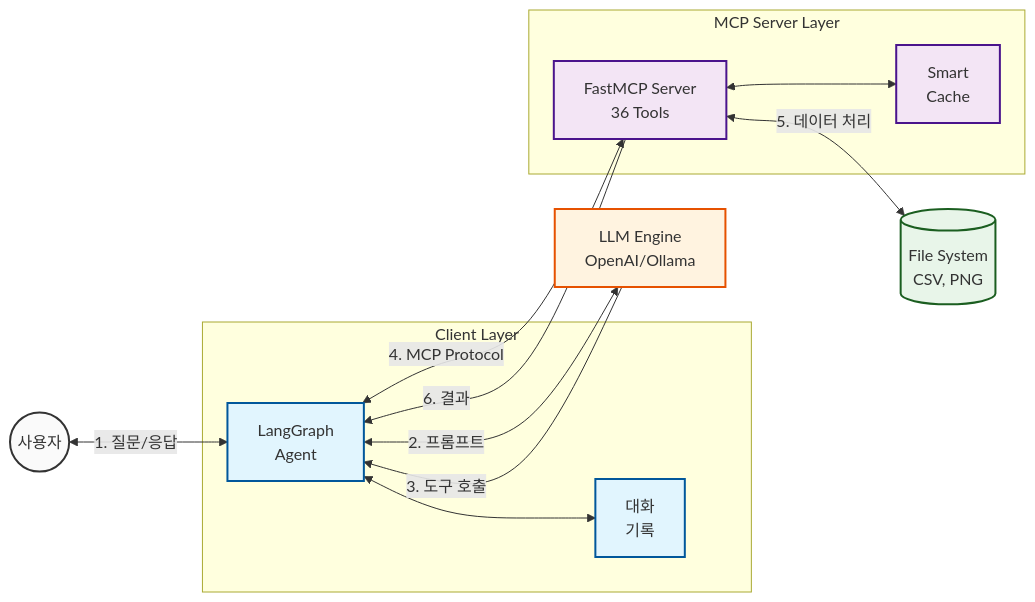
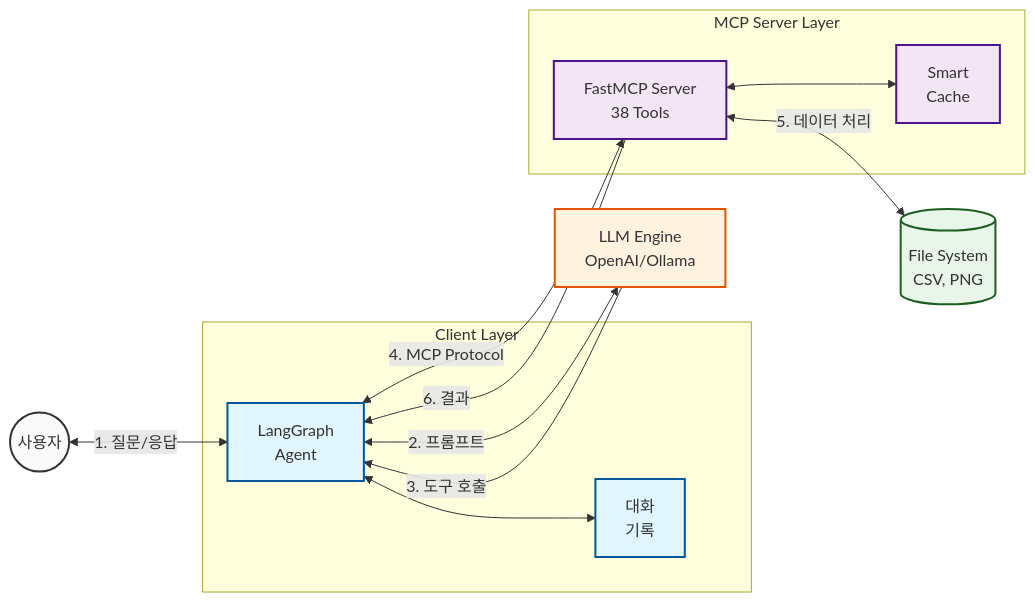
Before and after one commit to chaeminyoon/Data-Analyze-MCP: the diagram in README.md, drawn with Mermaid. The commit also changed other lines of this file and 4 other files, not shown here.

````diff
--- a/README.md
+++ b/README.md
@@ -19,40 +19,40 @@
 ```mermaid
 graph LR
     %% Styles
     classDef blue fill:#e1f5fe,stroke:#01579b,stroke-width:2px
     classDef purple fill:#f3e5f5,stroke:#4a148c,stroke-width:2px
     classDef orange fill:#fff3e0,stroke:#e65100,stroke-width:2px
     classDef green fill:#e8f5e9,stroke:#1b5e20,stroke-width:2px
     classDef gray fill:#fafafa,stroke:#333,stroke-width:2px
 
     User((사용자))
     
     subgraph Client [Client Layer]
         Agent[LangGraph<br/>Agent]
         Hist[대화<br/>기록]
     end
     
     LLM[LLM Engine<br/>OpenAI/Ollama]
     
     subgraph MCPLayer [MCP Server Layer]
-        Server[FastMCP Server<br/>36 Tools]
+        Server[FastMCP Server<br/>38 Tools]
         Cache[Smart<br/>Cache]
     end
     
     Files[(File System<br/>CSV, PNG)]
 
     User <-->|1. 질문/응답| Agent
     Agent <--> Hist
     Agent <-->|2. 프롬프트| LLM
     LLM -->|3. 도구 호출| Agent
     Agent <-->|4. MCP Protocol| Server
     Server <--> Cache
     Server <-->|5. 데이터 처리| Files
     Server -->|6. 결과| Agent
 
     class User gray
     class Agent,Hist blue
     class LLM orange
     class Server,Cache purple
     class Files green
 ```
````
